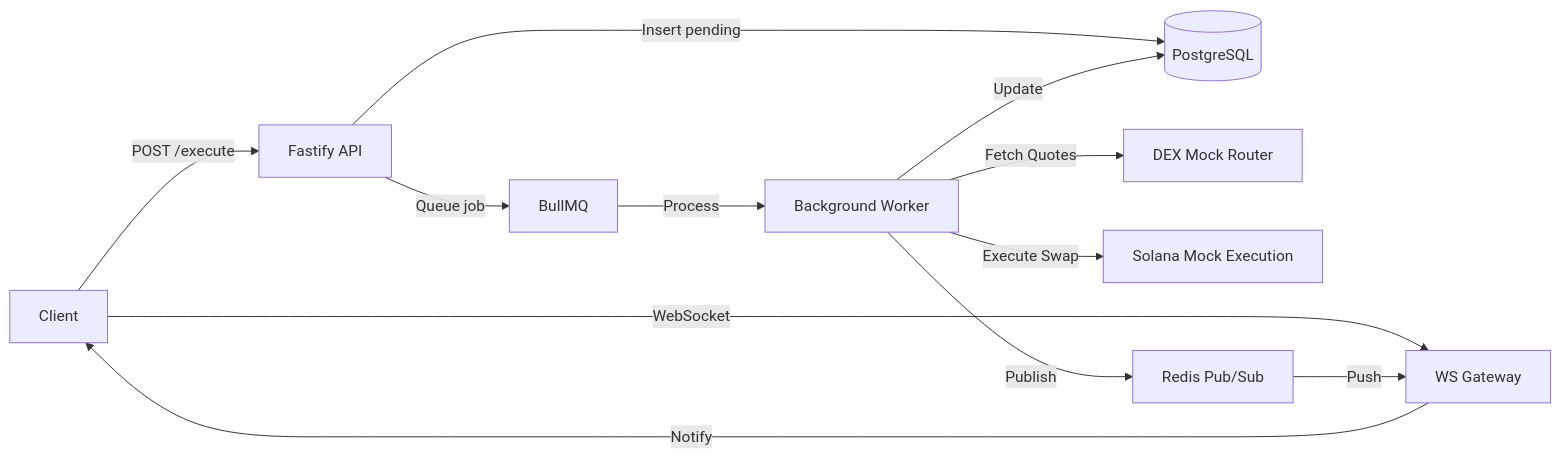
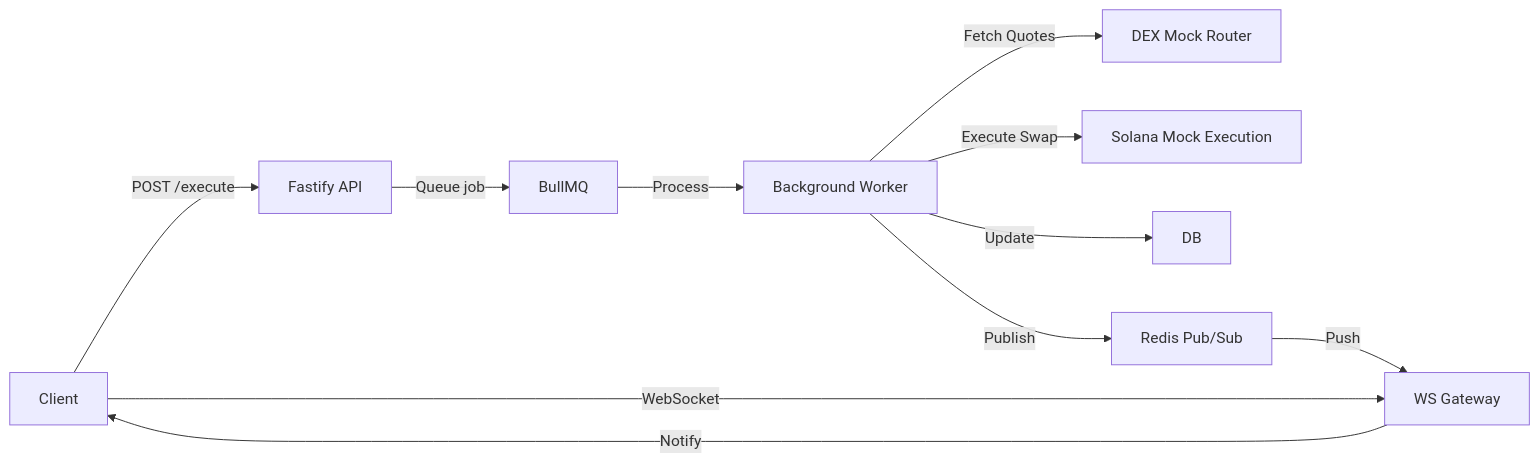
The diagram in readme.md (AdityaRaj-007/EternaLabs-Assignment), drawn with Mermaid before and after one commit.

````diff
--- a/readme.md
+++ b/readme.md
@@ -51,17 +51,16 @@
 ```mermaid
 graph LR
     Client[Client] -- POST /execute --> API[Fastify API]
     Client -- WebSocket --> WS[WS Gateway]
 
-    API -- Insert pending --> DB[(PostgreSQL)]
     API -- Queue job --> Queue[BullMQ]
 
     Queue -- Process --> Worker[Background Worker]
     Worker -- Fetch Quotes --> Router[DEX Mock Router]
     Worker -- Execute Swap --> SolanaMock[Solana Mock Execution]
 
     Worker -- Update --> DB
     Worker -- Publish --> RedisPub[Redis Pub/Sub]
     RedisPub -- Push --> WS
     WS -- Notify --> Client
 ```
````
